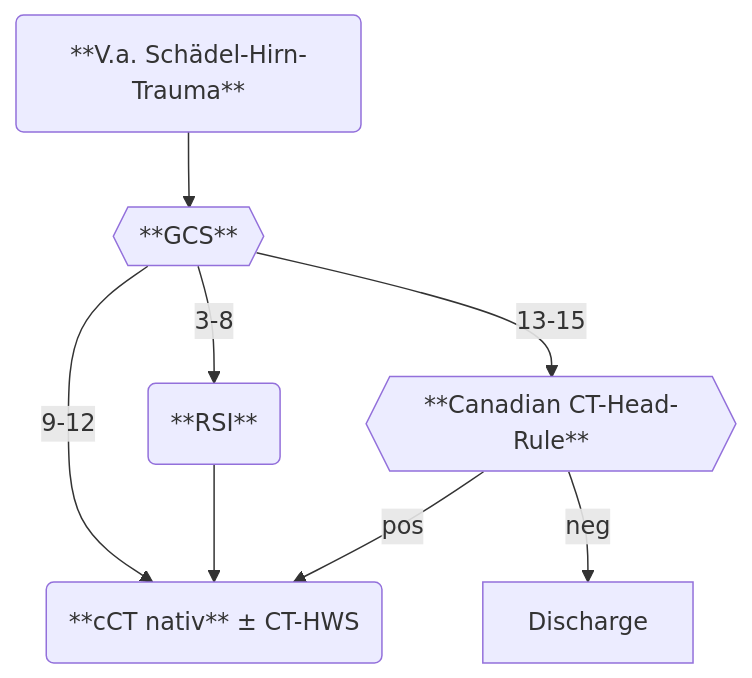
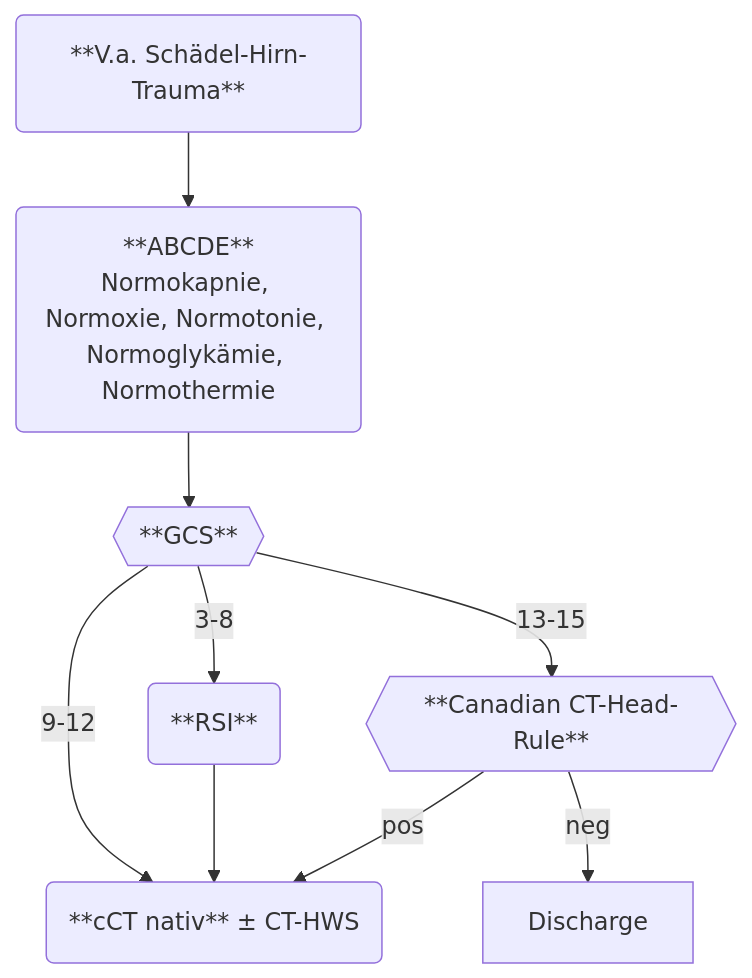
Before and after one commit to vncntwbr/notfallbausteine: the diagram in content/SHT.md, drawn with Mermaid. The commit also changed other lines of this file, not shown here.

Commit message:
Quartz sync: Mar 28, 2026, 6:07 PM

````diff
--- a/content/SHT.md
+++ b/content/SHT.md
@@ -20,10 +19,11 @@
 ```mermaid
 flowchart TD
-    A(**V.a. Schädel-Hirn-Trauma**) --> B{{**GCS**}}
-    B -->|13-15| C{{**Canadian CT-Head-Rule**}}
-    B -->|9-12| CT(**cCT nativ** ± CT-HWS)
-    B -->|3-8| AW(**RSI**)
+    A(**V.a. Schädel-Hirn-Trauma**) --> ABCDE
+    ABCDE(**ABCDE**<br>Normokapnie, Normoxie, Normotonie, Normoglykämie, Normothermie) --> GCS{{**GCS**}}
+    GCS -->|13-15| C{{**Canadian CT-Head-Rule**}}
+    GCS -->|9-12| CT(**cCT nativ** ± CT-HWS)
+    GCS -->|3-8| AW(**RSI**)
     AW --> CT
     C -->|pos| CT
     C -->|neg| Discharge
 ```
````
